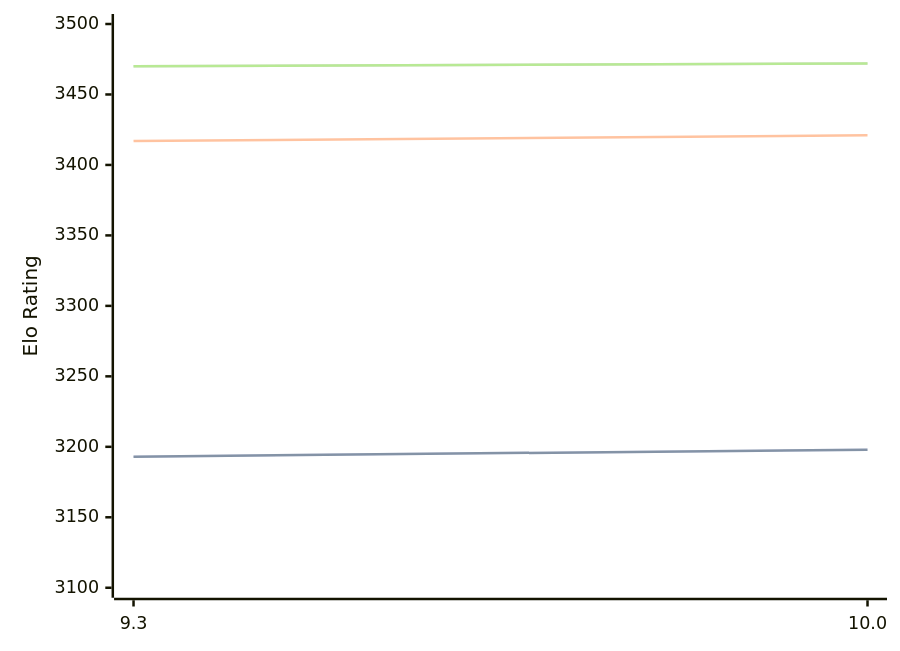
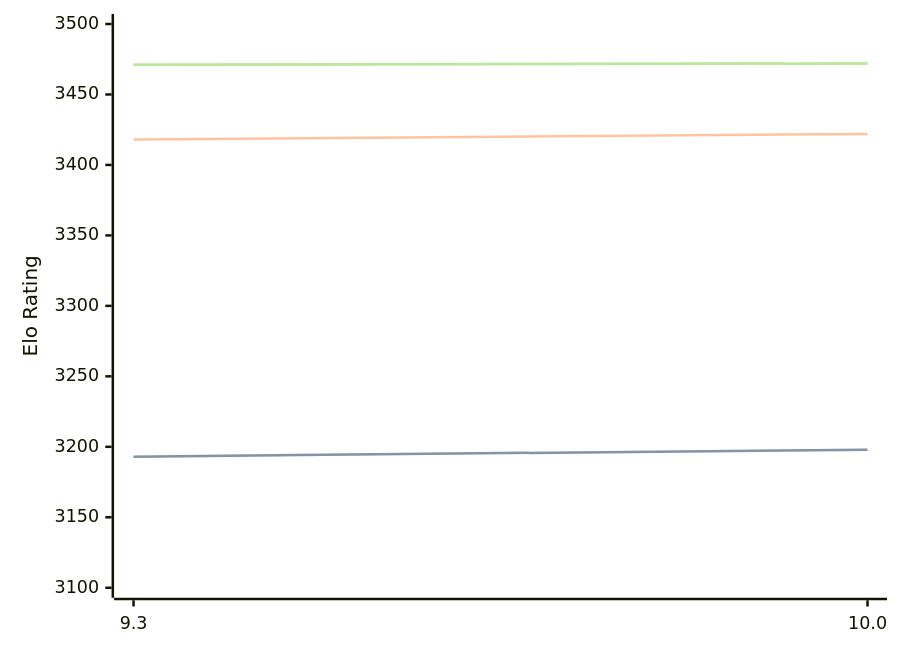
The diagram in engines/Fire.md (computer-chess-index/cci), drawn with Mermaid before and after one commit. The commit also changed other lines of this file, not shown here.

Commit message:
Update CCI Ratings (ELO VLTC) - 2026-05-04

````diff
--- a/engines/Fire.md
+++ b/engines/Fire.md
@@ -47,11 +47,11 @@
 ```mermaid
 %%{init: {"theme":"base","themeVariables":{"seriesColors:['#a3a3a3','#222221','#faa371']}}}%%
 xychart-beta
   x-axis ["9.3", "10.0"]
   y-axis "Elo Rating" 3100 --> 3500
   line "STC (8.0+0.08s)" [3193, 3198]
   line "STC (8.0+0.08s)" [3193, 3198]
-  line "LTC (60.0+0.60s)" [3417, 3421]
-  line "VLTC (2m24s+1.12s)" [3470, 3472]
-  line "VLTC (2m24s+1.12s)" [3470, 3472]
+  line "LTC (60.0+0.60s)" [3418, 3422]
+  line "VLTC (2m24s+1.12s)" [3471, 3472]
+  line "VLTC (2m24s+1.12s)" [3471, 3472]
 ```
````
